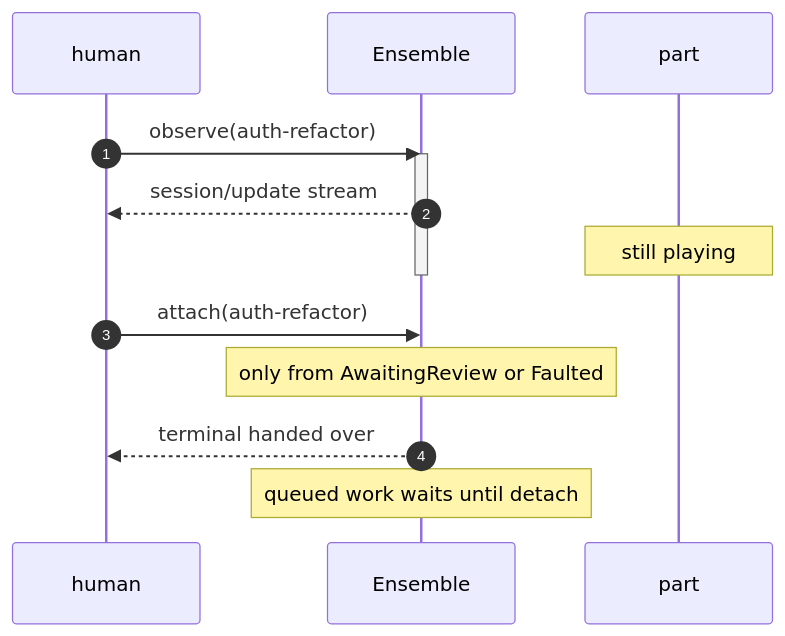
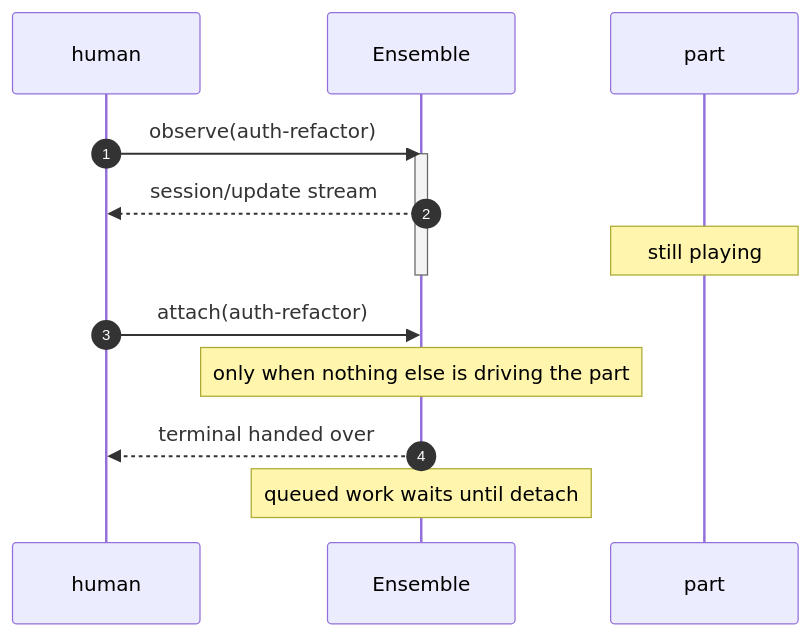
The diagram in docs/ensemble/diagrams/observe-attach.md (noclearreaction/symphony-maestro), drawn with Mermaid before and after one commit. The commit also changed other lines of this file and 9 other files, not shown here.

````diff
--- a/docs/ensemble/diagrams/observe-attach.md
+++ b/docs/ensemble/diagrams/observe-attach.md
@@ -6,16 +6,16 @@
 ```mermaid
 sequenceDiagram
   autonumber
   participant H as human
   participant E as Ensemble
   participant P as part
   H->>E: observe(auth-refactor)
   activate E
   E-->>H: session/update stream
   Note over P: still playing
   deactivate E
   H->>E: attach(auth-refactor)
-  Note over E: only from AwaitingReview or Faulted
+  Note over E: only when nothing else is driving the part
   E-->>H: terminal handed over
   Note over E: queued work waits until detach
 ```
````
